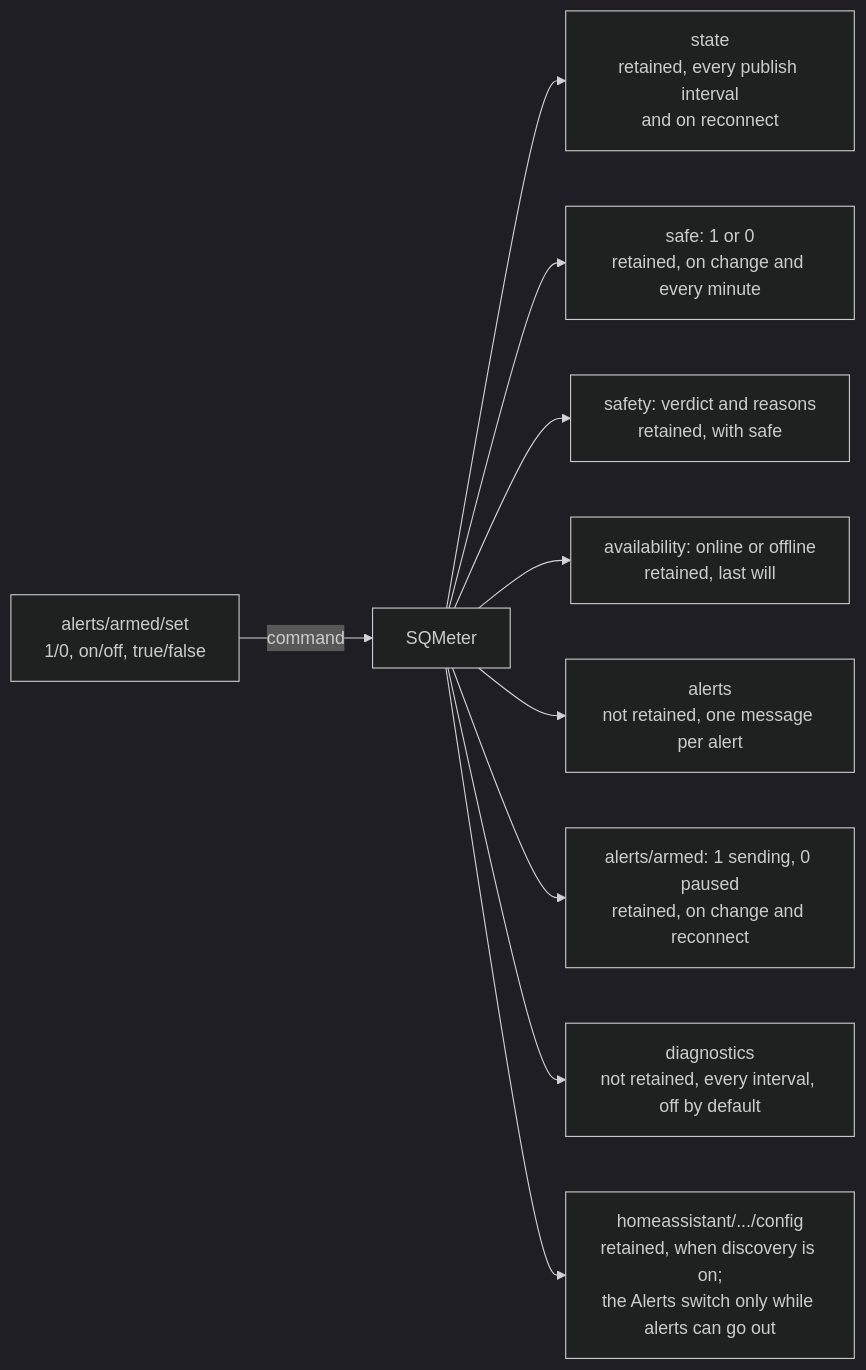
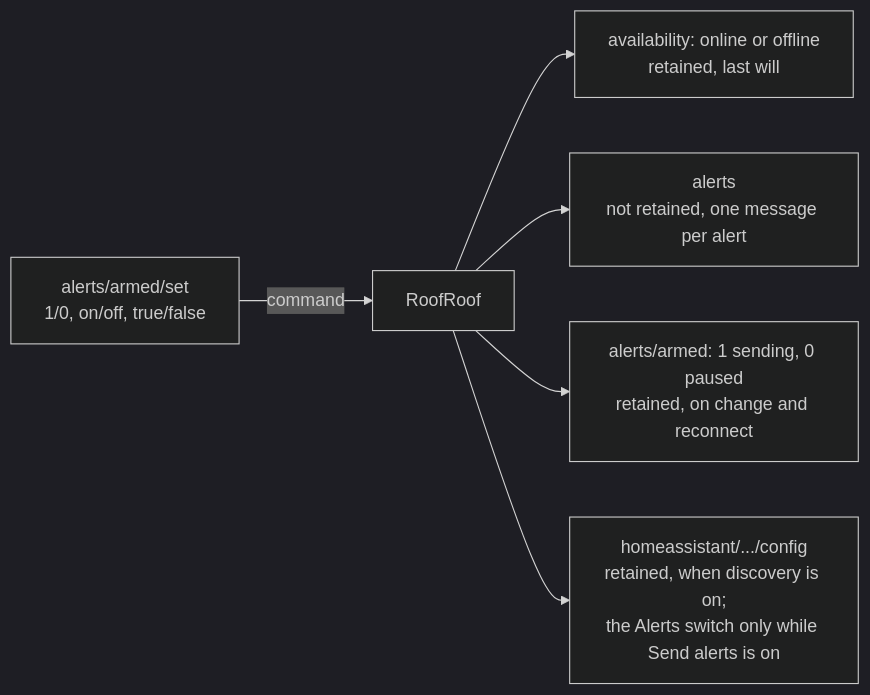
One commit to DeanJ87/RoofRoof changed the diagram in docs/user-guide/mqtt.md. Above: the diagram before and after it, drawn with Mermaid (dark theme). The commit also changed other lines of this file and 285 other files, not shown here.

First line of the commit message:
001: contract schemas, i18n and checkers, docs and CI, tests and brand for RoofRoof

````diff
--- a/docs/user-guide/mqtt.md
+++ b/docs/user-guide/mqtt.md
@@ -60,14 +57,10 @@
 ```mermaid
 flowchart LR
     accTitle: MQTT topic map
-    accDescr: SQMeter listens on alerts/armed/set and publishes state, safe, safety, availability, alerts, alerts/armed and diagnostics under its base topic, plus Home Assistant discovery under the discovery prefix.
-    SET["alerts/armed/set<br/>1/0, on/off, true/false"] -->|command| D["SQMeter"]
-    D --> STATE["state<br/>retained, every publish interval<br/>and on reconnect"]
-    D --> SAFE["safe: 1 or 0<br/>retained, on change and every minute"]
-    D --> SAFETY["safety: verdict and reasons<br/>retained, with safe"]
+    accDescr: RoofRoof listens on alerts/armed/set and publishes availability, alerts and alerts/armed under its base topic, plus Home Assistant discovery under the discovery prefix.
+    SET["alerts/armed/set<br/>1/0, on/off, true/false"] -->|command| D["RoofRoof"]
     D --> AVAIL["availability: online or offline<br/>retained, last will"]
     D --> ALERTS["alerts<br/>not retained, one message per alert"]
     D --> ARMED["alerts/armed: 1 sending, 0 paused<br/>retained, on change and reconnect"]
-    D --> DIAG["diagnostics<br/>not retained, every interval, off by default"]
-    D --> DISC["homeassistant/.../config<br/>retained, when discovery is on;<br/>the Alerts switch only while alerts can go out"]
+    D --> DISC["homeassistant/.../config<br/>retained, when discovery is on;<br/>the Alerts switch only while Send alerts is on"]
 ```
````
